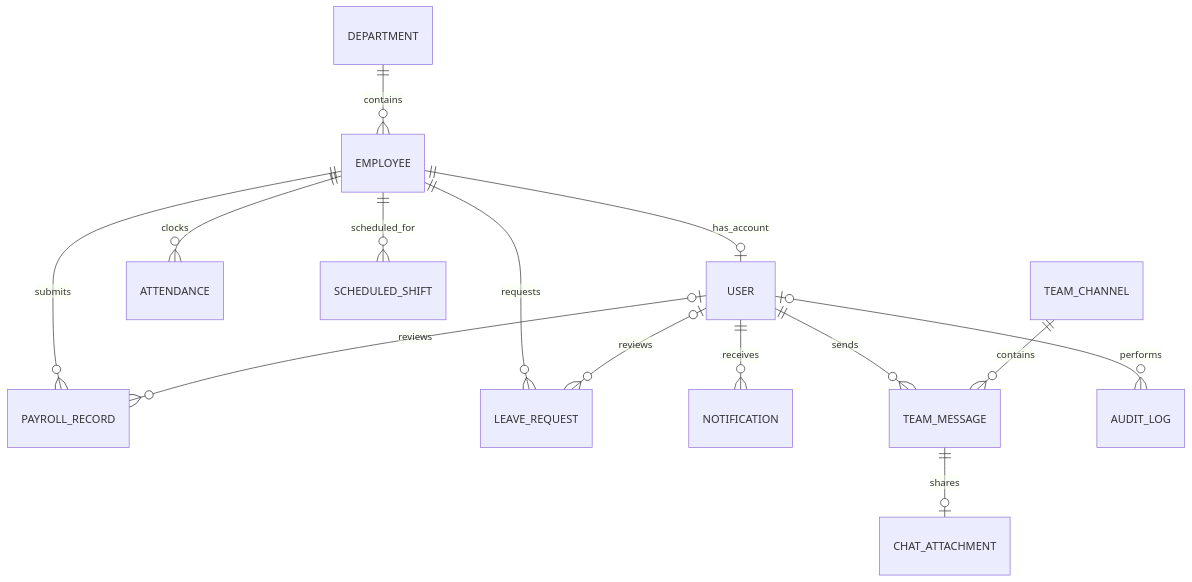
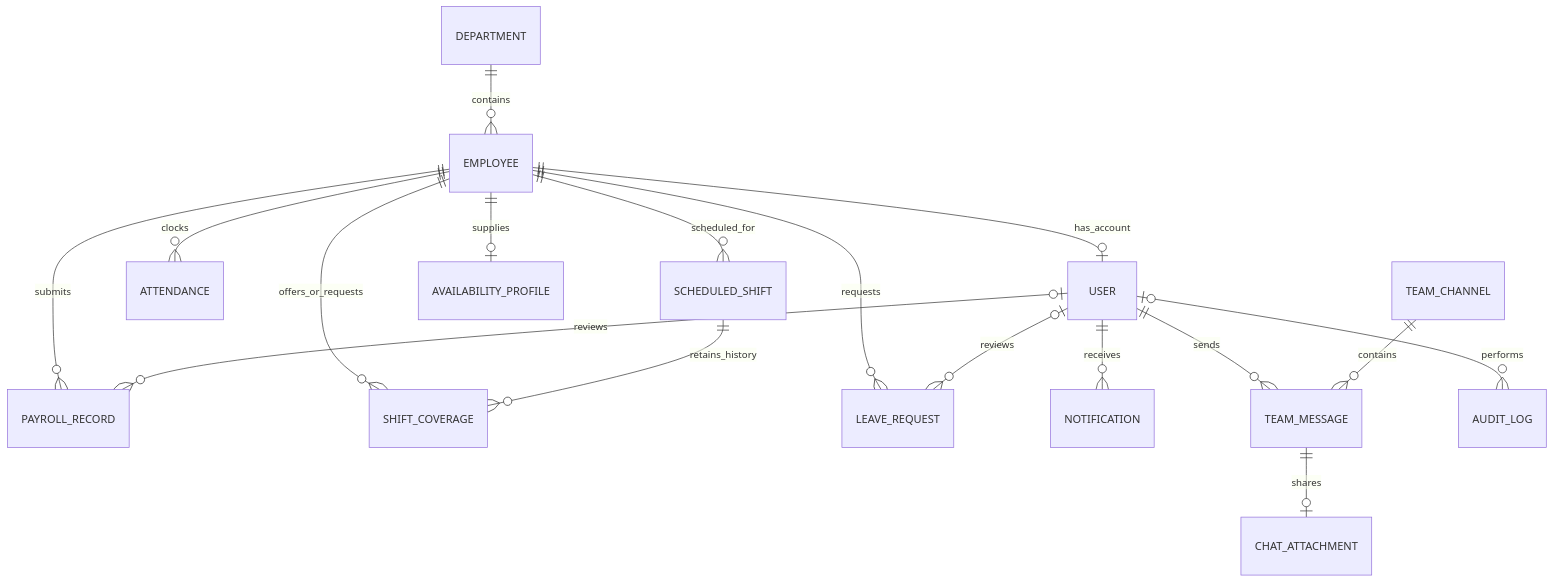
Before and after one commit to AnoHondz/Shift-Force: the second of 2 diagrams in README.md, drawn with Mermaid. The commit also changed other lines of this file and 55 other files, not shown here.

Commit message:
Add researched private planning, approved shift coverage and clock-hour review

````diff
--- a/README.md
+++ b/README.md
@@ -63,16 +70,19 @@
 ```mermaid
 erDiagram
     DEPARTMENT ||--o{ EMPLOYEE : contains
     EMPLOYEE ||--o| USER : has_account
     EMPLOYEE ||--o{ PAYROLL_RECORD : submits
     EMPLOYEE ||--o{ ATTENDANCE : clocks
     EMPLOYEE ||--o{ SCHEDULED_SHIFT : scheduled_for
+    EMPLOYEE ||--o| AVAILABILITY_PROFILE : supplies
+    EMPLOYEE ||--o{ SHIFT_COVERAGE : offers_or_requests
+    SCHEDULED_SHIFT ||--o{ SHIFT_COVERAGE : retains_history
     EMPLOYEE ||--o{ LEAVE_REQUEST : requests
     USER ||--o{ NOTIFICATION : receives
     USER ||--o{ TEAM_MESSAGE : sends
     TEAM_CHANNEL ||--o{ TEAM_MESSAGE : contains
     TEAM_MESSAGE ||--o| CHAT_ATTACHMENT : shares
     USER o|--o{ AUDIT_LOG : performs
     USER o|--o{ PAYROLL_RECORD : reviews
     USER o|--o{ LEAVE_REQUEST : reviews
 ```
````
